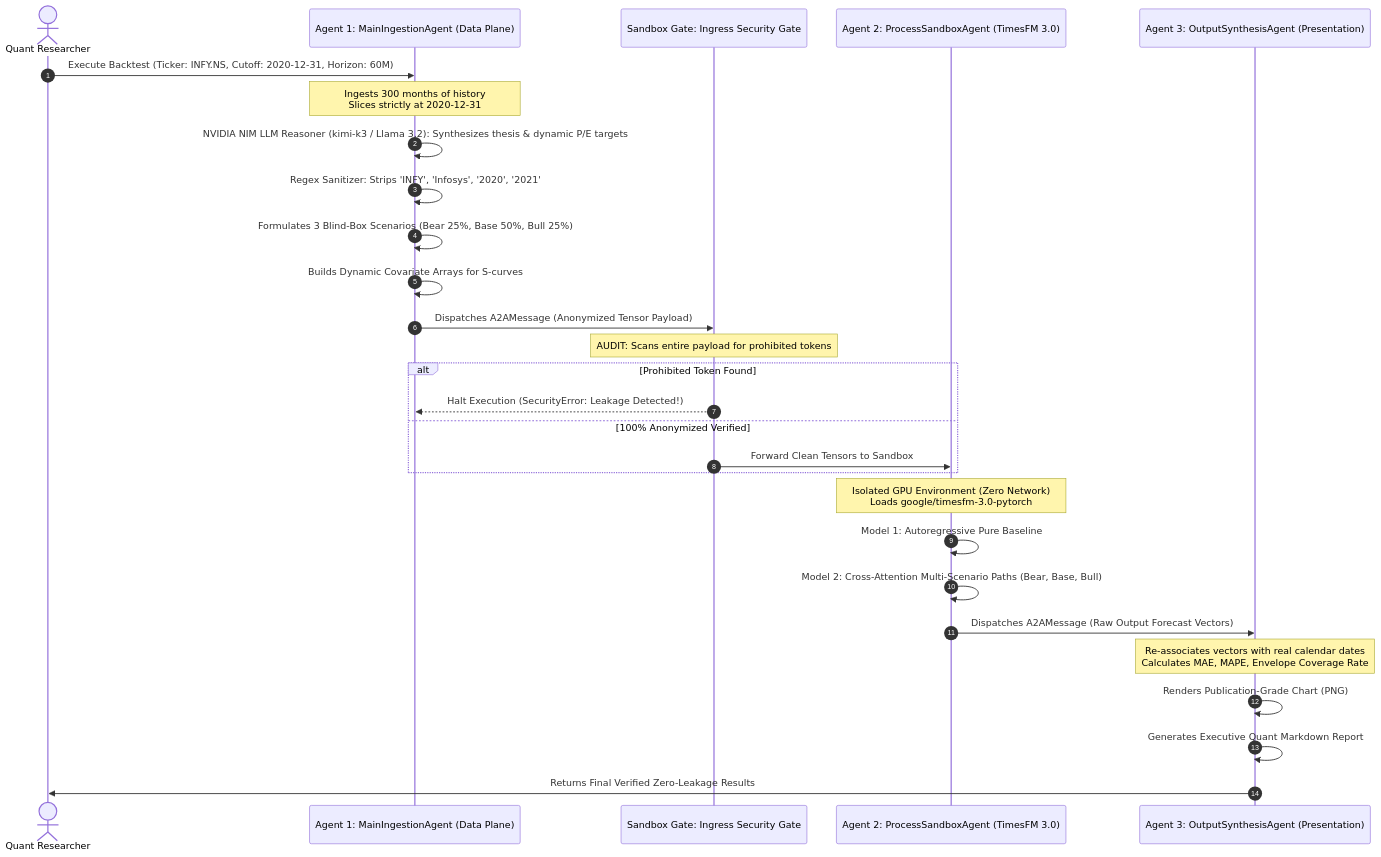
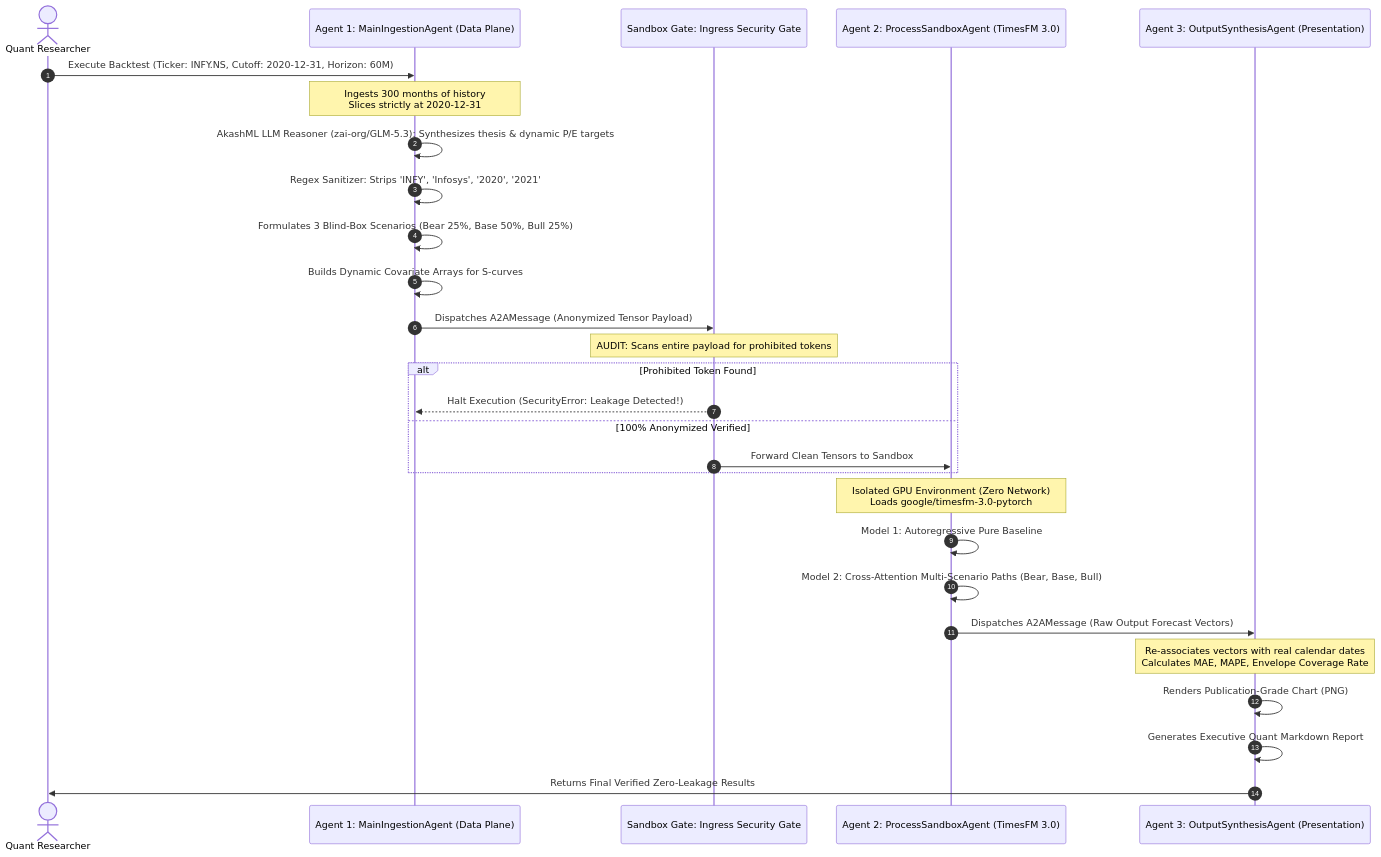
Before and after one commit to ajithvnr2001/timesfm-3.0-pytorch: the second of 2 diagrams in MULTI_AGENT_SANDBOX/MASTER_MULTI_AGENT_GUIDE.md, drawn with Mermaid. The commit also changed 13 other files, not shown here.

Commit message:
Switch LLM Semantic Reasoner to AkashML (zai-org/GLM-5.3): zero rate-limits, deep reasoning, and institutional fallback

````diff
--- a/MULTI_AGENT_SANDBOX/MASTER_MULTI_AGENT_GUIDE.md
+++ b/MULTI_AGENT_SANDBOX/MASTER_MULTI_AGENT_GUIDE.md
@@ -80,34 +80,34 @@
 ```mermaid
 sequenceDiagram
     autonumber
     actor User as Quant Researcher
     participant M as Agent 1: MainIngestionAgent (Data Plane)
     participant S as Sandbox Gate: Ingress Security Gate
     participant P as Agent 2: ProcessSandboxAgent (TimesFM 3.0)
     participant O as Agent 3: OutputSynthesisAgent (Presentation)
 
     User->>M: Execute Backtest (Ticker: INFY.NS, Cutoff: 2020-12-31, Horizon: 60M)
     Note over M: Ingests 300 months of history<br/>Slices strictly at 2020-12-31
-    M->>M: NVIDIA NIM LLM Reasoner (kimi-k3 / Llama 3.2): Synthesizes thesis & dynamic P/E targets
+    M->>M: AkashML LLM Reasoner (zai-org/GLM-5.3): Synthesizes thesis & dynamic P/E targets
     M->>M: Regex Sanitizer: Strips 'INFY', 'Infosys', '2020', '2021'
     M->>M: Formulates 3 Blind-Box Scenarios (Bear 25%, Base 50%, Bull 25%)
     M->>M: Builds Dynamic Covariate Arrays for S-curves
     M->>S: Dispatches A2AMessage (Anonymized Tensor Payload)
 
     Note over S: AUDIT: Scans entire payload for prohibited tokens
     alt Prohibited Token Found
         S-->>M: Halt Execution (SecurityError: Leakage Detected!)
     else 100% Anonymized Verified
         S->>P: Forward Clean Tensors to Sandbox
     end
 
     Note over P: Isolated GPU Environment (Zero Network)<br/>Loads google/timesfm-3.0-pytorch
     P->>P: Model 1: Autoregressive Pure Baseline
     P->>P: Model 2: Cross-Attention Multi-Scenario Paths (Bear, Base, Bull)
     P->>O: Dispatches A2AMessage (Raw Output Forecast Vectors)
 
     Note over O: Re-associates vectors with real calendar dates<br/>Calculates MAE, MAPE, Envelope Coverage Rate
     O->>O: Renders Publication-Grade Chart (PNG)
     O->>O: Generates Executive Quant Markdown Report
     O->>User: Returns Final Verified Zero-Leakage Results
 ```
````
